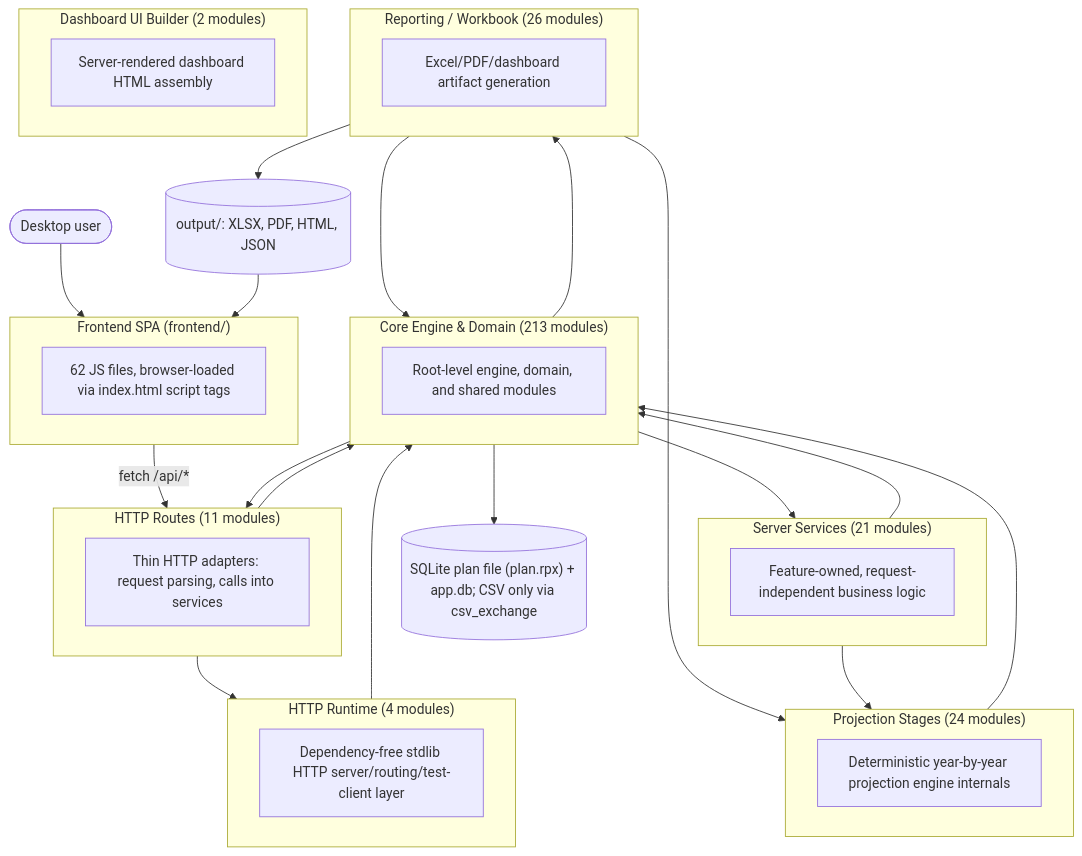
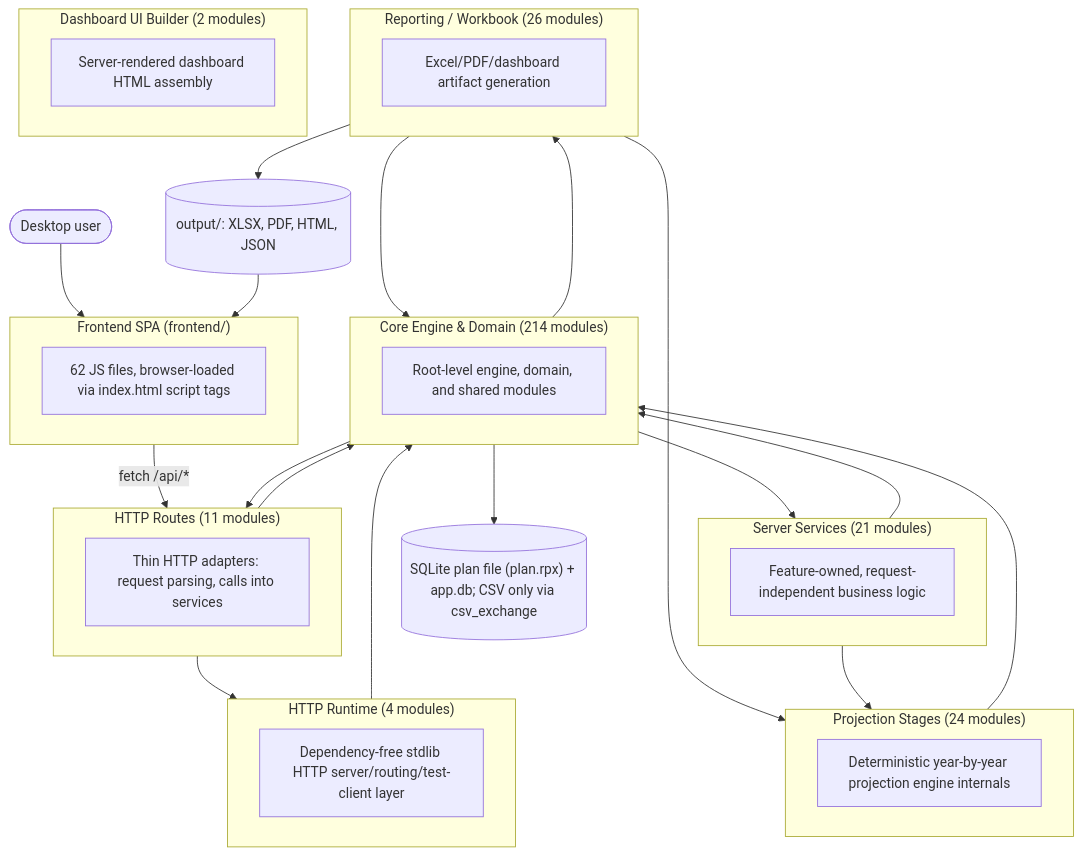
The first of 2 diagrams in documentation/reference/SYSTEM_ARCHITECTURE_DIAGRAM.md (matthartzman/retirement_system), drawn with Mermaid before and after one commit. The commit also changed other lines of this file and 6 other files, not shown here.

````diff
--- a/documentation/reference/SYSTEM_ARCHITECTURE_DIAGRAM.md
+++ b/documentation/reference/SYSTEM_ARCHITECTURE_DIAGRAM.md
@@ -11,43 +11,43 @@
 ```mermaid
 flowchart TB
     User(["Desktop user"]) --> FE
     subgraph FE["Frontend SPA (frontend/)"]
         FEcount["62 JS files, browser-loaded via index.html script tags"]
     end
     FE -->|fetch /api/*| L_HTTP_Routes
     subgraph L_HTTP_Routes["HTTP Routes (11 modules)"]
         L_HTTP_Routes_d["Thin HTTP adapters: request parsing, calls into services"]
     end
     subgraph L_Server_Services["Server Services (21 modules)"]
         L_Server_Services_d["Feature-owned, request-independent business logic"]
     end
     subgraph L_HTTP_Runtime["HTTP Runtime (4 modules)"]
         L_HTTP_Runtime_d["Dependency-free stdlib HTTP server/routing/test-client layer"]
     end
-    subgraph L_Core_Engine___Domain["Core Engine & Domain (213 modules)"]
+    subgraph L_Core_Engine___Domain["Core Engine & Domain (214 modules)"]
         L_Core_Engine___Domain_d["Root-level engine, domain, and shared modules"]
     end
     subgraph L_Projection_Stages["Projection Stages (24 modules)"]
         L_Projection_Stages_d["Deterministic year-by-year projection engine internals"]
     end
     subgraph L_Reporting___Workbook["Reporting / Workbook (26 modules)"]
         L_Reporting___Workbook_d["Excel/PDF/dashboard artifact generation"]
     end
     subgraph L_Dashboard_UI_Builder["Dashboard UI Builder (2 modules)"]
         L_Dashboard_UI_Builder_d["Server-rendered dashboard HTML assembly"]
     end
     L_Core_Engine___Domain --> L_HTTP_Routes
     L_Core_Engine___Domain --> L_Reporting___Workbook
     L_Core_Engine___Domain --> L_Server_Services
     L_HTTP_Routes --> L_Core_Engine___Domain
     L_HTTP_Routes --> L_HTTP_Runtime
     L_HTTP_Runtime --> L_Core_Engine___Domain
     L_Projection_Stages --> L_Core_Engine___Domain
     L_Reporting___Workbook --> L_Core_Engine___Domain
     L_Reporting___Workbook --> L_Projection_Stages
     L_Server_Services --> L_Core_Engine___Domain
     L_Server_Services --> L_Projection_Stages
     L_Core_Engine___Domain --> DB[("SQLite plan file (plan.rpx) + app.db; CSV only via csv_exchange")]
     L_Reporting___Workbook --> Outputs[("output/: XLSX, PDF, HTML, JSON")]
     Outputs --> FE
 ```
````
